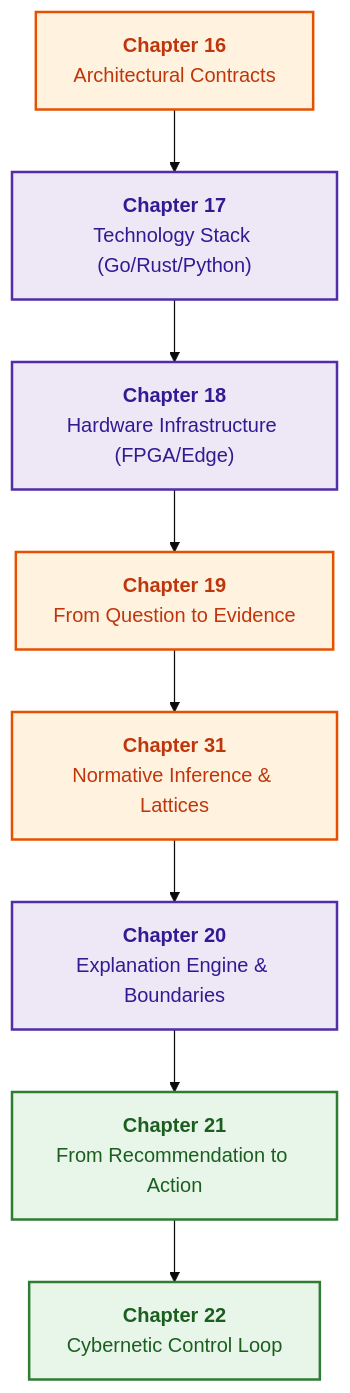
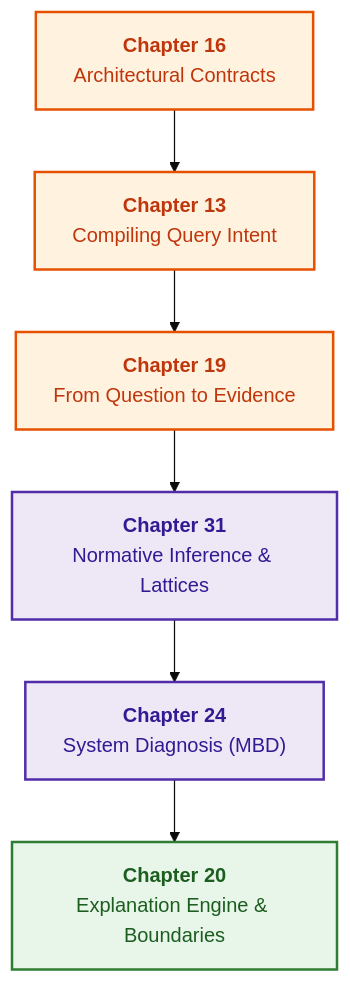
The diagram in ExpertSystem/translations/en/part-04-architecture-and-inference.md (nick-fedchik/articles), drawn with Mermaid (base theme) before and after one commit. The commit also changed other lines of this file and 174 other files, not shown here.

````diff
--- a/ExpertSystem/translations/en/part-04-architecture-and-inference.md
+++ b/ExpertSystem/translations/en/part-04-architecture-and-inference.md
@@ -19,21 +19,19 @@
 ```mermaid
 flowchart TD
-    accTitle: Engineering Vertical of Part IV
-    accDescr: Architecture, stack, hardware, retrieval of grounds, normative inference, explanation, action, and cybernetic feedback.
+    accTitle: Logical and Algorithmic Vertical of Part IV
+    accDescr: Architectural contracts, query compilation, evidence retrieval, normative inference, system diagnosis, and explanation synthesis.
 
-    CH16["<b>Chapter 16</b><br/>Architectural Contracts"] --> CH17["<b>Chapter 17</b><br/>Technology Stack (Go/Rust/Python)"]
-    CH17 --> CH18["<b>Chapter 18</b><br/>Hardware Infrastructure (FPGA/Edge)"]
-    CH18 --> CH19["<b>Chapter 19</b><br/>From Question to Evidence"]
+    CH16["<b>Chapter 16</b><br/>Architectural Contracts"] --> CH13["<b>Chapter 13</b><br/>Compiling Query Intent"]
+    CH13 --> CH19["<b>Chapter 19</b><br/>From Question to Evidence"]
     CH19 --> CH31["<b>Chapter 31</b><br/>Normative Inference & Lattices"]
-    CH31 --> CH20["<b>Chapter 20</b><br/>Explanation Engine & Boundaries"]
-    CH20 --> CH21["<b>Chapter 21</b><br/>From Recommendation to Action"]
-    CH21 --> CH22["<b>Chapter 22</b><br/>Cybernetic Control Loop"]
+    CH31 --> CH24["<b>Chapter 24</b><br/>System Diagnosis (MBD)"]
+    CH24 --> CH20["<b>Chapter 20</b><br/>Explanation Engine & Boundaries"]
 
     classDef arch fill:#fff3e0,stroke:#e65100,stroke-width:2px,color:#bf360c;
     classDef impl fill:#ede7f6,stroke:#512da8,stroke-width:2px,color:#311b92;
     classDef out fill:#e8f5e9,stroke:#2e7d32,stroke-width:2px,color:#1b5e20;
 
-    class CH16,CH19,CH31 arch;
-    class CH17,CH18,CH20 impl;
-    class CH21,CH22 out;
+    class CH16,CH13,CH19 arch;
+    class CH31,CH24 impl;
+    class CH20 out;
 ```
````
